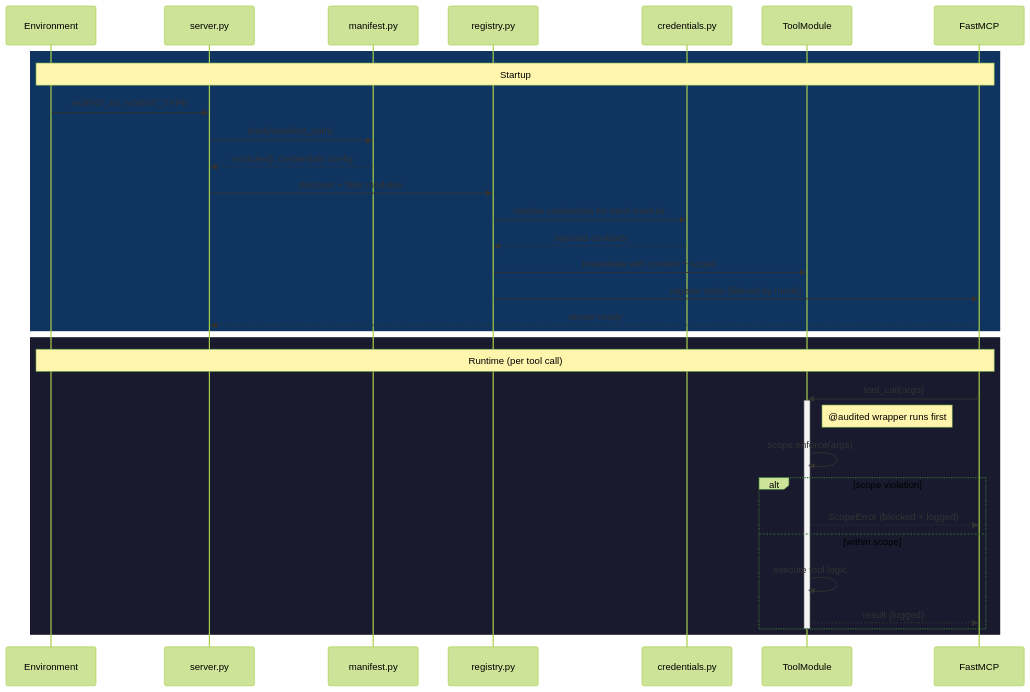
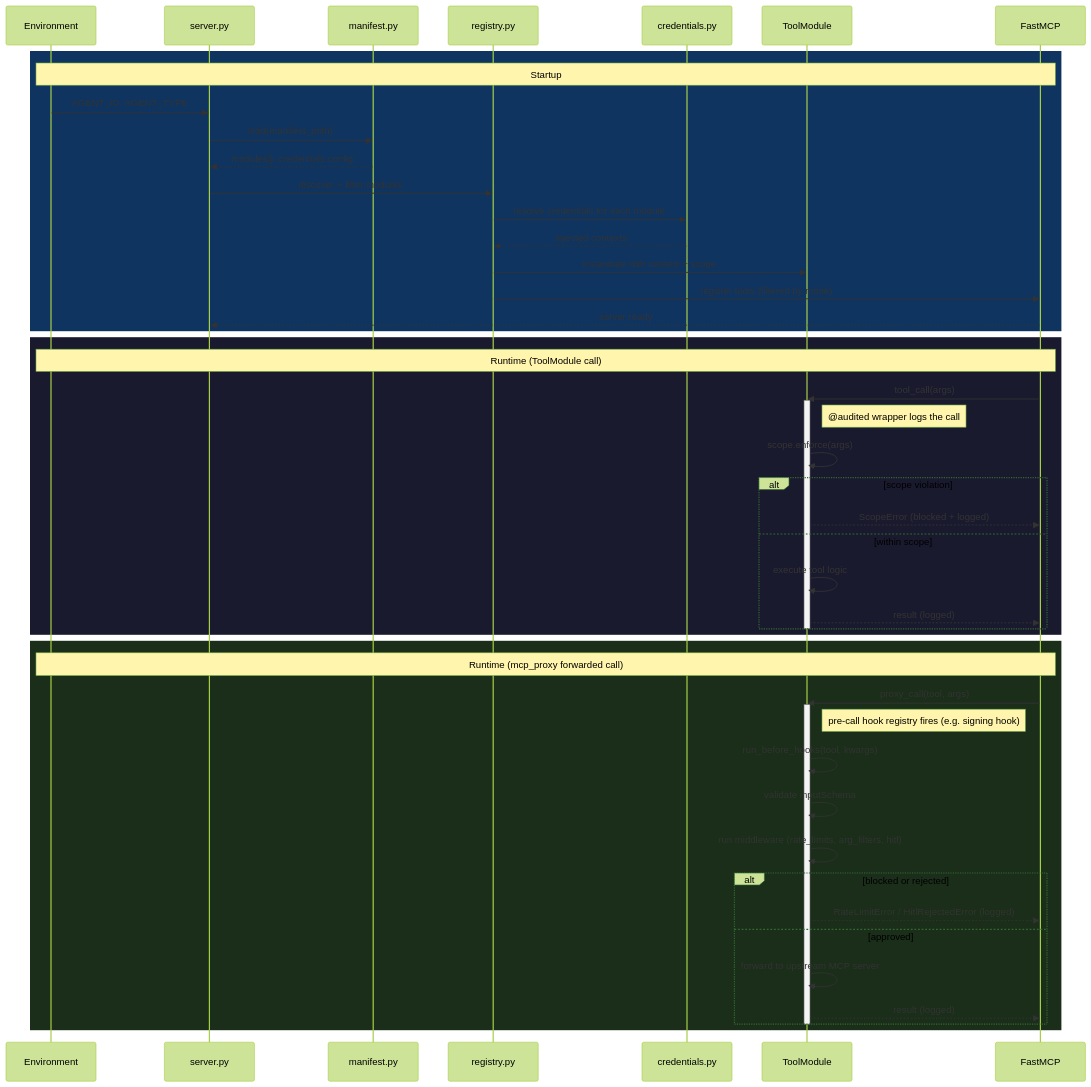
Before and after one commit to TadMSTR/scoped-mcp: the diagram in docs/module-lifecycle.mmd, drawn with Mermaid (forest theme). The commit also changed 3 other files, not shown here.

First line of the commit message:
docs: update README and diagrams for v1.2.2

```diff
--- a/docs/module-lifecycle.mmd
+++ b/docs/module-lifecycle.mmd
@@ -1,36 +1,53 @@
 sequenceDiagram
     participant Env as Environment
     participant S as server.py
     participant Man as manifest.py
     participant Reg as registry.py
     participant Cred as credentials.py
     participant Mod as ToolModule
     participant FM as FastMCP
 
     rect rgb(15, 52, 96)
         Note over Env,FM: Startup
         Env->>S: AGENT_ID, AGENT_TYPE
         S->>Man: load(manifest_path)
         Man-->>S: modules[], credentials config
         S->>Reg: discover + filter modules
         Reg->>Cred: resolve credentials for each module
         Cred-->>Reg: injected contexts
         Reg->>Mod: instantiate with context + scope
         Reg->>FM: register tools (filtered by mode)
         FM-->>S: server ready
     end
 
     rect rgb(26, 26, 46)
-        Note over Env,FM: Runtime (per tool call)
+        Note over Env,FM: Runtime (ToolModule call)
         FM->>Mod: tool_call(args)
         activate Mod
-        Note right of Mod: @audited wrapper runs first
+        Note right of Mod: @audited wrapper logs the call
         Mod->>Mod: scope.enforce(args)
         alt scope violation
             Mod-->>FM: ScopeError (blocked + logged)
         else within scope
             Mod->>Mod: execute tool logic
             Mod-->>FM: result (logged)
         end
         deactivate Mod
     end
+
+    rect rgb(26, 46, 26)
+        Note over Env,FM: Runtime (mcp_proxy forwarded call)
+        FM->>Mod: proxy_call(tool, args)
+        activate Mod
+        Note right of Mod: pre-call hook registry fires (e.g. signing hook)
+        Mod->>Mod: run_before_hooks(tool, kwargs)
+        Mod->>Mod: validate inputSchema
+        Mod->>Mod: run middleware (rate_limits, arg_filters, hitl)
+        alt blocked or rejected
+            Mod-->>FM: RateLimitError / HitlRejectedError (logged)
+        else approved
+            Mod->>Mod: forward to upstream MCP server
+            Mod-->>FM: result (logged)
+        end
+        deactivate Mod
+    end
```
